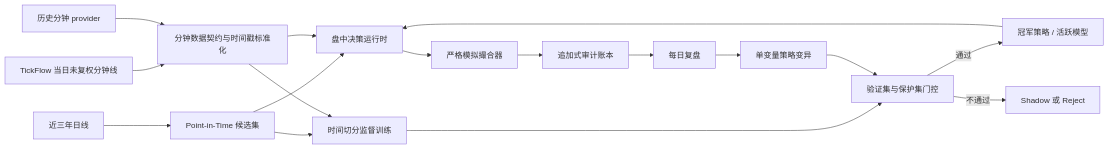
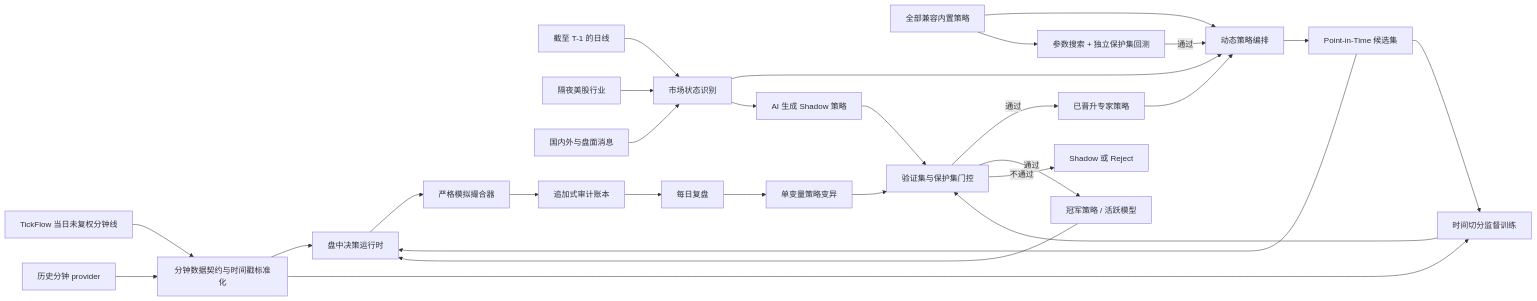
Before and after one commit to Like315/tickflow-stock-panel: the diagram in docs/investment-expert-agent.md, drawn with Mermaid. The commit also changed other lines of this file and 26 other files, not shown here.

````diff
--- a/docs/investment-expert-agent.md
+++ b/docs/investment-expert-agent.md
@@ -9,19 +9,30 @@
 ```mermaid
 flowchart LR
     T["TickFlow 当日未复权分钟线"] --> N["分钟数据契约与时间戳标准化"]
     H["历史分钟 provider"] --> N
-    D["近三年日线"] --> P["Point-in-Time 候选集"]
+    D["截至 T-1 的日线"] --> A["市场状态识别"]
+    U["隔夜美股行业"] --> A
+    W["国内外与盘面消息"] --> A
+    A --> B["动态策略编排"]
+    K["全部兼容内置策略"] --> B
+    Q["已晋升专家策略"] --> B
+    B --> P["Point-in-Time 候选集"]
     P --> R["盘中决策运行时"]
     N --> R
     R --> X["严格模拟撮合器"]
     X --> L["追加式审计账本"]
     L --> F["每日复盘"]
     F --> E["单变量策略变异"]
     P --> M["时间切分监督训练"]
     N --> M
     M --> G["验证集与保护集门控"]
     E --> G
+    K --> O["参数搜索 + 独立保护集回测"]
+    O -->|"通过"| B
+    A --> J["AI 生成 Shadow 策略"]
+    J --> G
+    G -->|"通过"| Q
     G -->|"通过"| C["冠军策略 / 活跃模型"]
     G -->|"不通过"| S["Shadow 或 Reject"]
     C --> R
 ```
````
